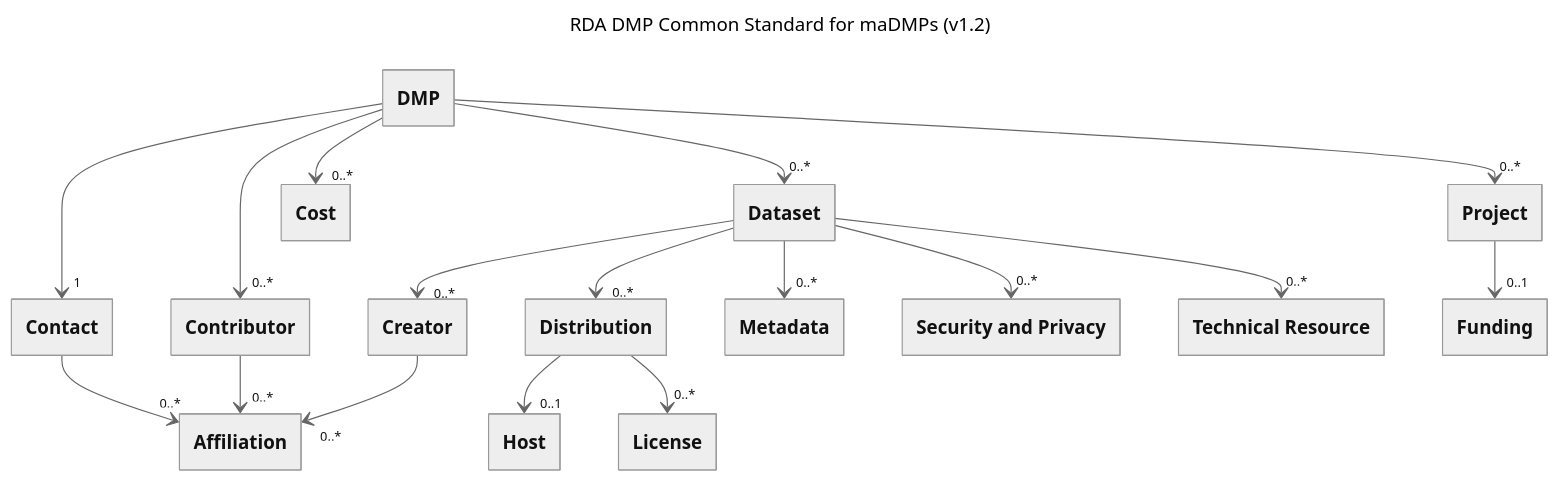
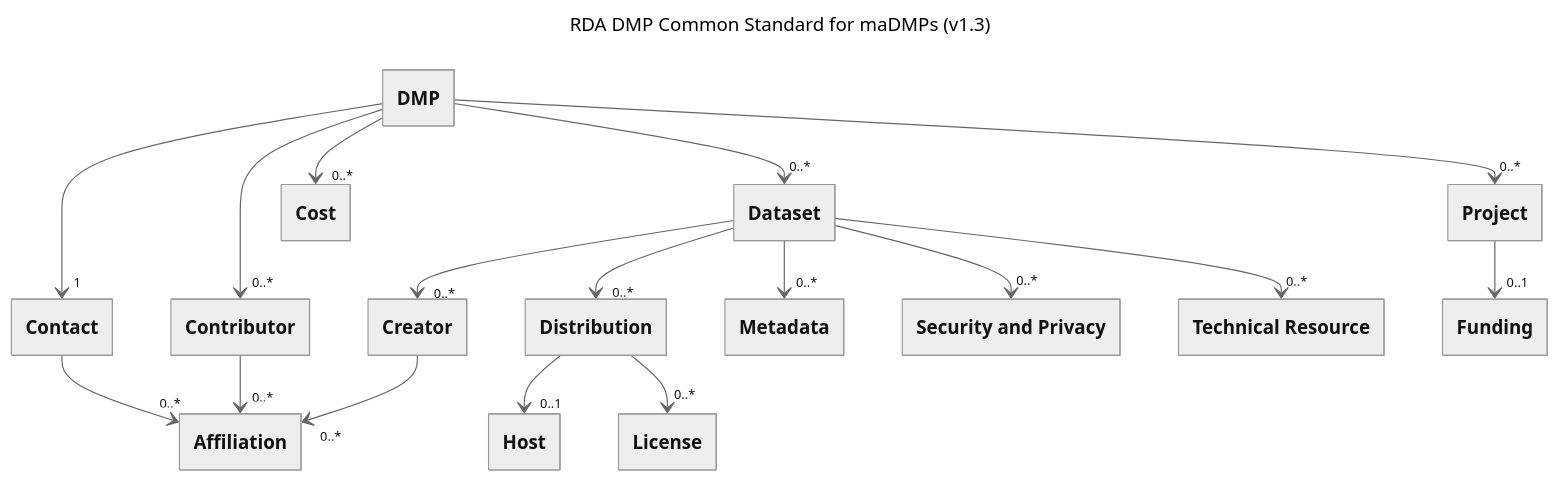
One commit to RDA-DMP-Common/RDA-DMP-Common-Standard changed the diagram in docs/diagrams/diagram.md. Above: the diagram before and after it, drawn with Mermaid. The commit also changed 12 other files, not shown here.

````diff
--- a/docs/diagrams/diagram.md
+++ b/docs/diagrams/diagram.md
@@ -1,47 +1,47 @@
 ```mermaid
 ---
-title: "RDA DMP Common Standard for maDMPs (v1.2)"
+title: "RDA DMP Common Standard for maDMPs (v1.3)"
 
 config:
   theme: 'neutral'
   class:
     hideEmptyMembersBox: true
 ---
 classDiagram
 
   class Affiliation["Affiliation"]
   class Contact["Contact"]
   class Contributor["Contributor"]
   class Cost["Cost"]
   class Creator["Creator"]
   class Dataset["Dataset"]
   class DMP["DMP"]
   class Distribution["Distribution"]
   class Funding["Funding"]
   class Host["Host"]
   class License["License"]
   class Metadata["Metadata"]
   class SecurityPrivacy["Security and Privacy"]
   class TechnicalResource["Technical Resource"]
 
   DMP "" --> "1" Contact
   DMP "" --> "0..*" Contributor
   DMP "" --> "0..*" Cost
   DMP "" --> "0..*" Dataset
   DMP "" --> "0..*" Project
 
   Dataset "" --> "0..*" Creator
   Dataset "" --> "0..*" Distribution
   Dataset "" --> "0..*" Metadata
   Dataset "" --> "0..*" SecurityPrivacy
   Dataset "" --> "0..*" TechnicalResource
 
 	Distribution "" --> "0..1" Host
 	Distribution "" --> "0..*" License
 
   Contact "" --> "0..*" Affiliation
   Contributor "" --> "0..*" Affiliation
   Creator "" --> "0..*" Affiliation
 
 	Project "" --> "0..1" Funding
 ```
````
